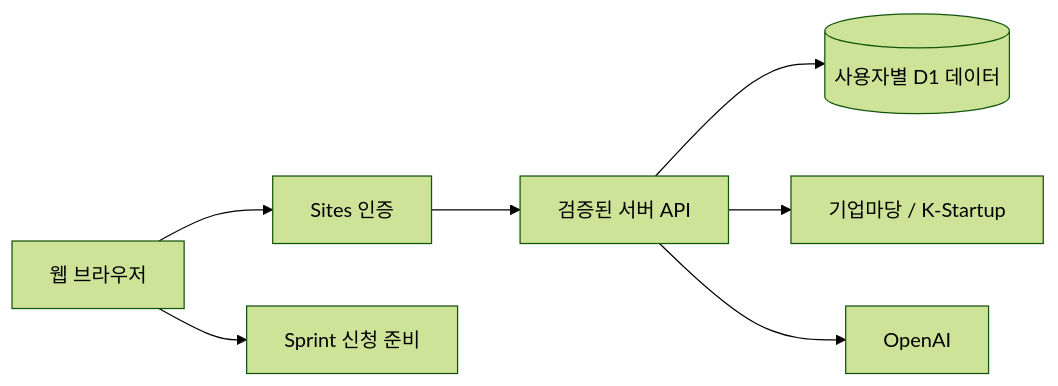
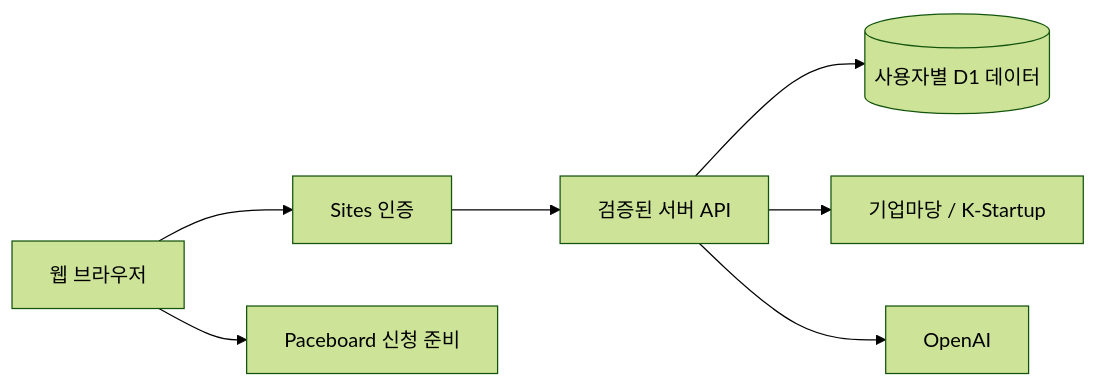
One commit to dpwld/grant-project changed the diagram in README.md. Above: the diagram before and after it, drawn with Mermaid (forest theme). The commit also changed other lines of this file and 8 other files, not shown here.

````diff
--- a/README.md
+++ b/README.md
@@ -83,9 +83,9 @@
 ```mermaid
 flowchart LR
   Browser[웹 브라우저] --> Auth[Sites 인증]
   Auth --> API[검증된 서버 API]
   API --> D1[(사용자별 D1 데이터)]
   API --> Public[기업마당 / K-Startup]
   API --> AI[OpenAI]
-  Browser --> Sprint[Sprint 신청 준비]
+  Browser --> Sprint[Paceboard 신청 준비]
 ```
````
